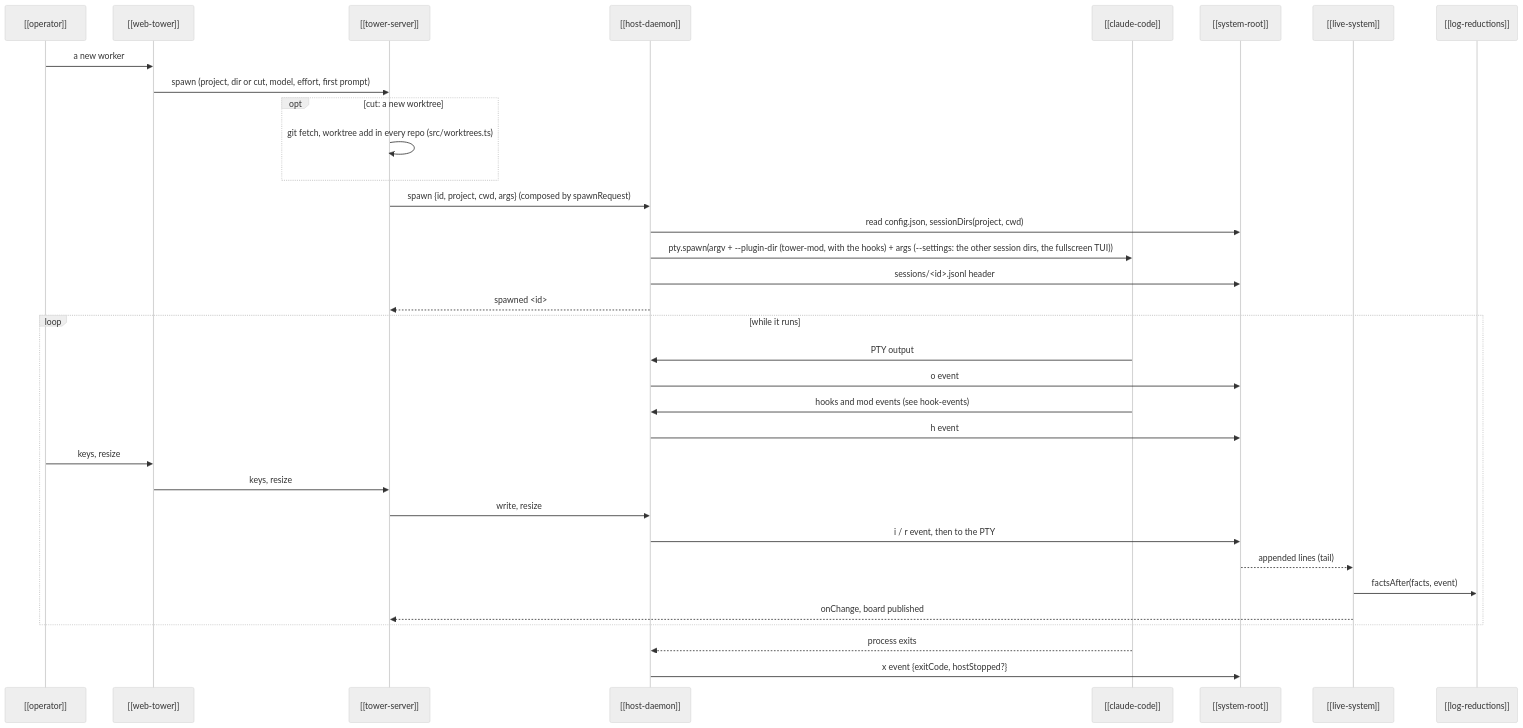
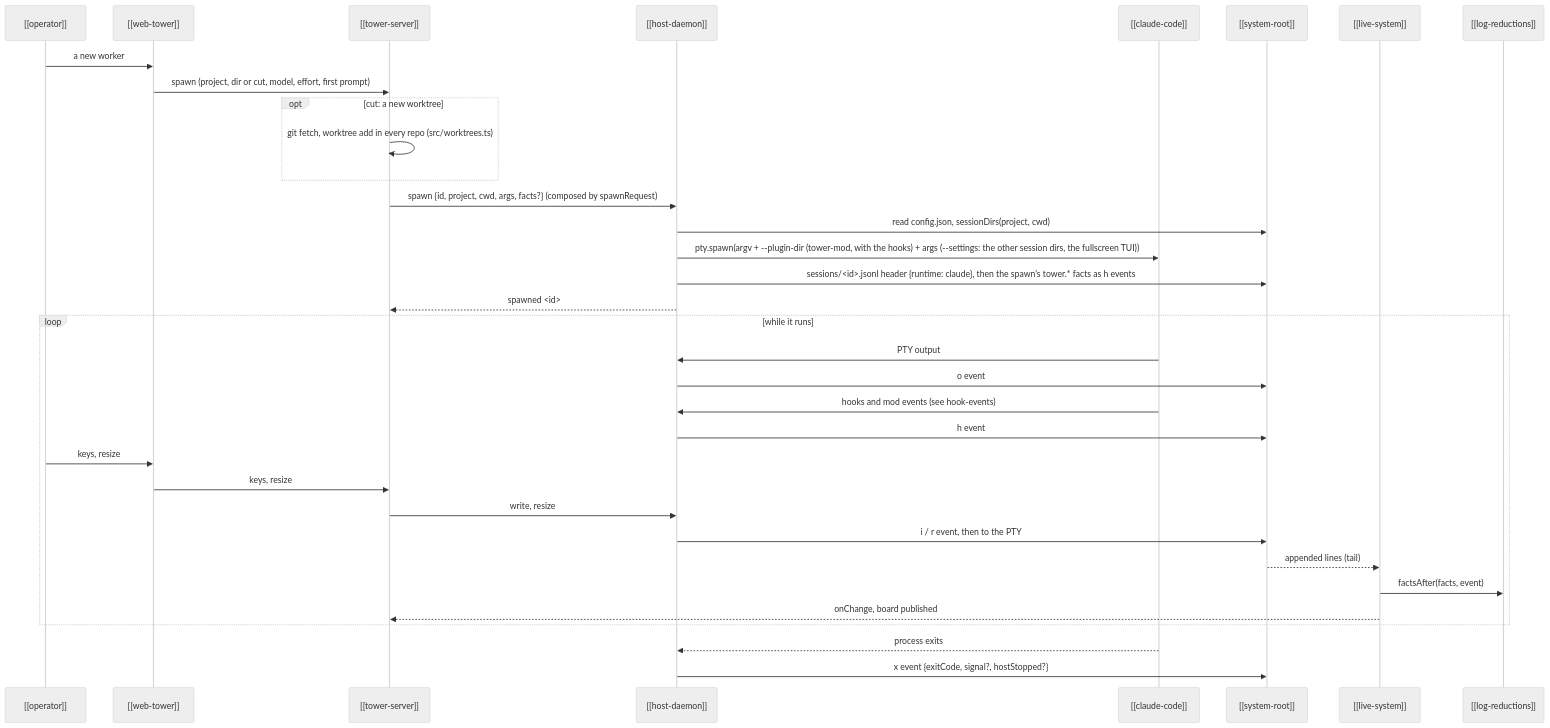
The diagram in kb/entities/flows/session-lifecycle.md (CarlosBonetti/the-tower), drawn with Mermaid (neutral theme) before and after one commit. The commit also changed other lines of this file and 4 other files, not shown here.

````diff
--- a/kb/entities/flows/session-lifecycle.md
+++ b/kb/entities/flows/session-lifecycle.md
@@ -12,36 +12,36 @@
 ```mermaid
 sequenceDiagram
   participant O as [[operator]]
   participant P as [[web-tower]]
   participant T as [[tower-server]]
   participant H as [[host-daemon]]
   participant C as [[claude-code]]
   participant R as [[system-root]]
   participant L as [[live-system]]
   participant F as [[log-reductions]]
   O->>P: a new worker
   P->>T: spawn (project, dir or cut, model, effort, first prompt)
   opt cut: a new worktree
     T->>T: git fetch, worktree add in every repo (src/worktrees.ts)
   end
-  T->>H: spawn {id, project, cwd, args} (composed by spawnRequest)
+  T->>H: spawn {id, project, cwd, args, facts?} (composed by spawnRequest)
   H->>R: read config.json, sessionDirs(project, cwd)
   H->>C: pty.spawn(argv + --plugin-dir (tower-mod, with the hooks) + args (--settings: the other session dirs, the fullscreen TUI))
-  H->>R: sessions/<id>.jsonl header
+  H->>R: sessions/<id>.jsonl header {runtime: claude}, then the spawn's tower.* facts as h events
   H-->>T: spawned <id>
   loop while it runs
     C->>H: PTY output
     H->>R: o event
     C->>H: hooks and mod events (see hook-events)
     H->>R: h event
     O->>P: keys, resize
     P->>T: keys, resize
     T->>H: write, resize
     H->>R: i / r event, then to the PTY
     R-->>L: appended lines (tail)
     L->>F: factsAfter(facts, event)
     L-->>T: onChange, board published
   end
   C-->>H: process exits
-  H->>R: x event {exitCode, hostStopped?}
+  H->>R: x event {exitCode, signal?, hostStopped?}
 ```
````
